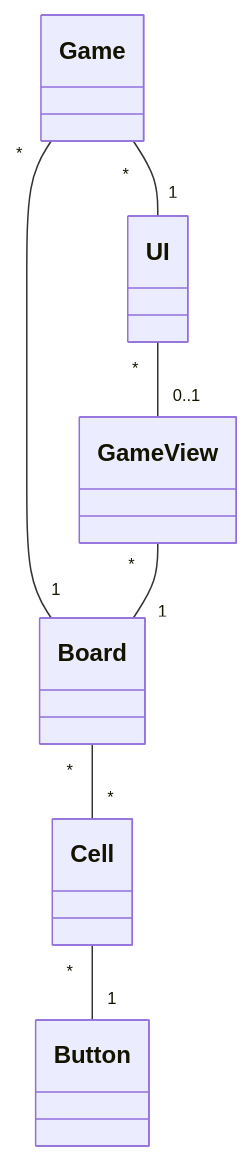
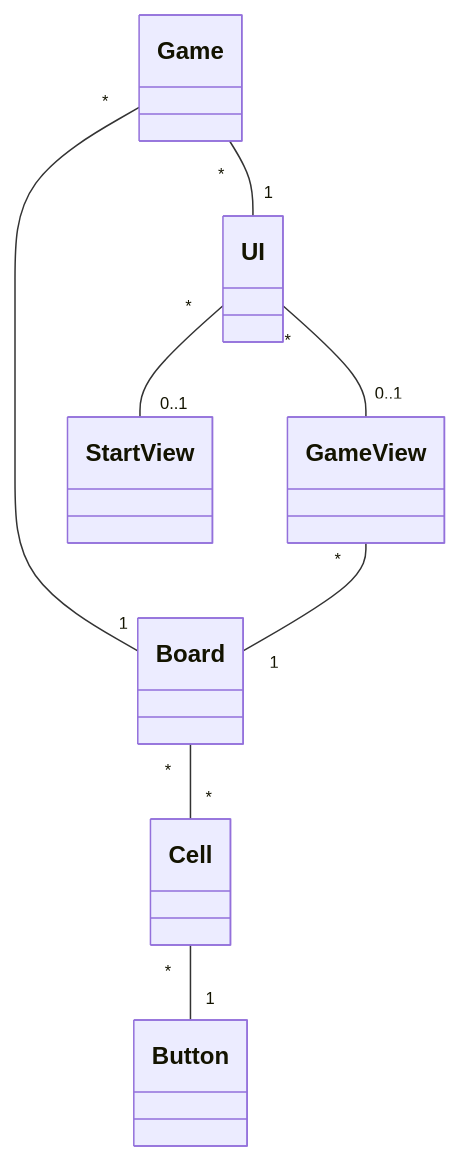
Before and after one commit to Codboez/ot-harjoitustyo: the first of 2 diagrams in dokumentaatio/arkkitehtuuri.md, drawn with Mermaid. The commit also changed other lines of this file, not shown here.

````diff
--- a/dokumentaatio/arkkitehtuuri.md
+++ b/dokumentaatio/arkkitehtuuri.md
@@ -1,9 +2,10 @@
 ```mermaid
 classDiagram
   Game "*" -- "1" UI
   Game "*" -- "1" Board
   Board "*" -- "*" Cell
   Cell "*" -- "1" Button
   UI "*" -- "0..1" GameView
+  UI "*" -- "0..1" StartView
   GameView "*" -- "1" Board
 ```
````
